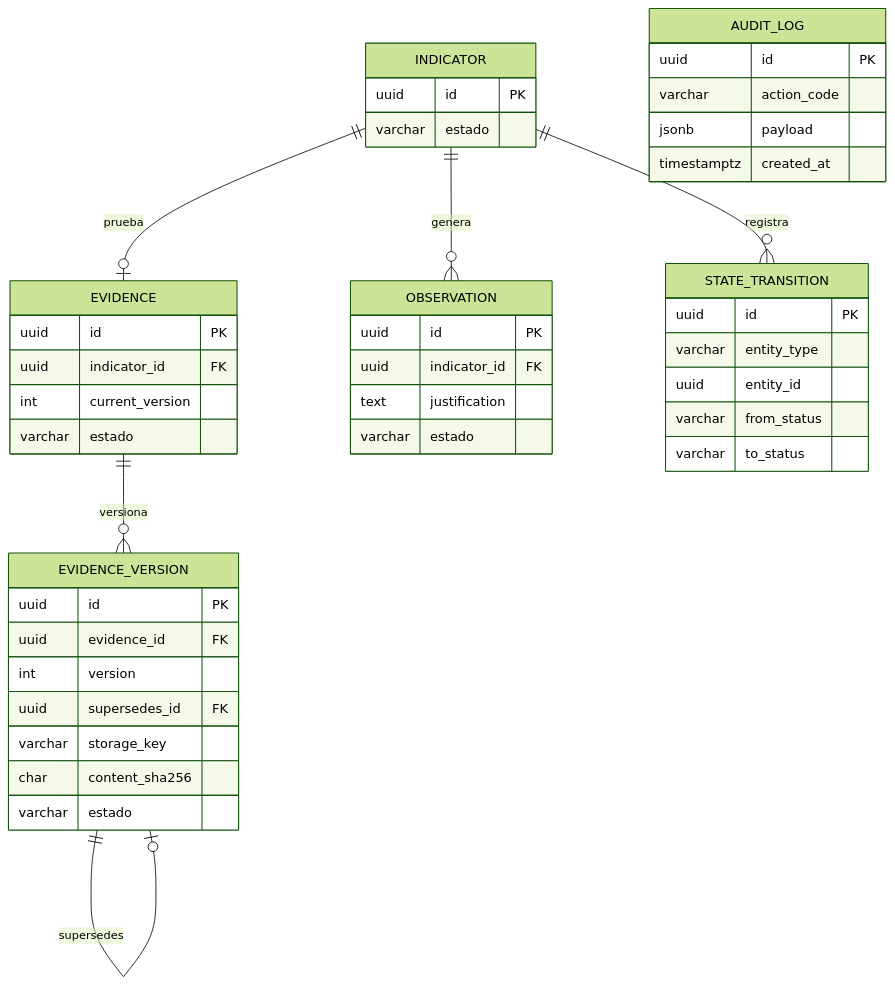
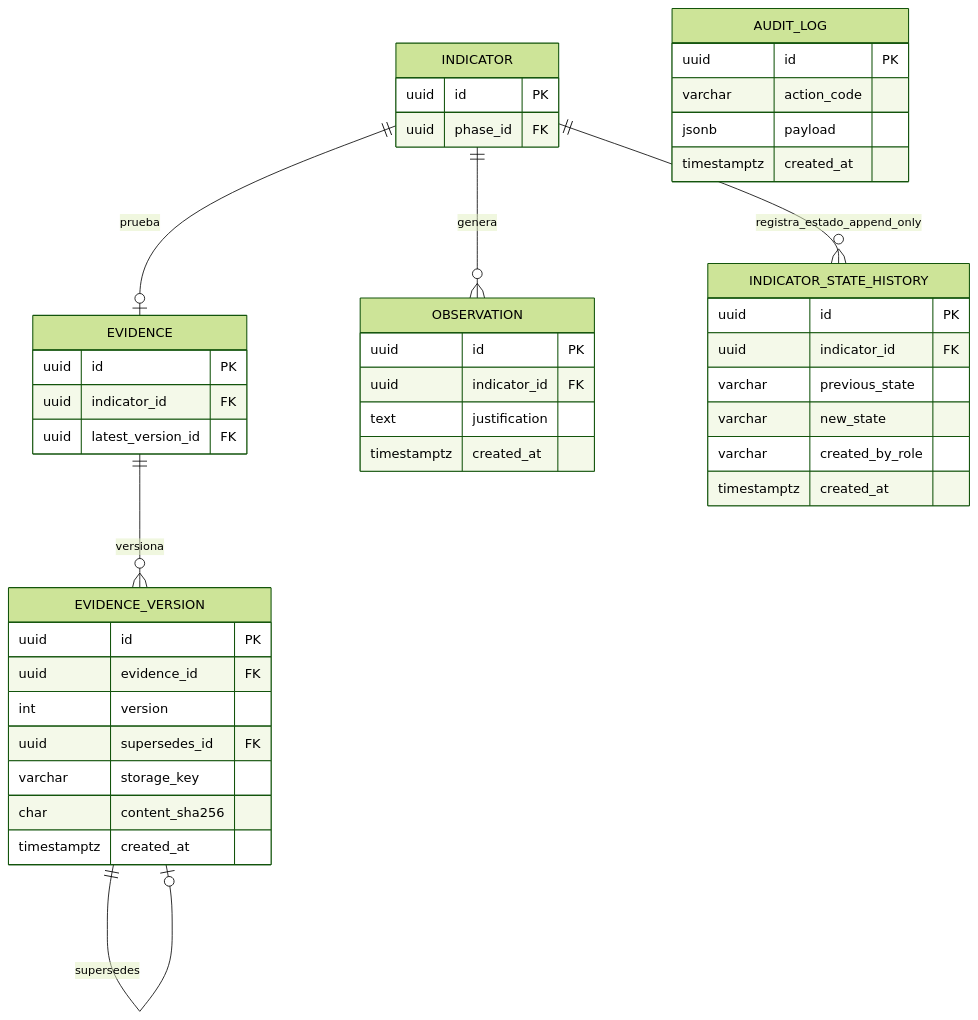
One commit to AcredIA-UMSS/sigesa-docs changed the second of 2 diagrams in docs/05_dti/DTI.md. Above: the diagram before and after it, drawn with Mermaid (forest theme). The commit also changed other lines of this file and 40 other files, not shown here.

First line of the commit message:
docs(dti): align SIGESA cloud architecture v1

````diff
--- a/docs/05_dti/DTI.md
+++ b/docs/05_dti/DTI.md
@@ -267,46 +278,46 @@
 ```mermaid
 erDiagram
   INDICATOR {
     uuid id PK
-    varchar estado
+    uuid phase_id FK
   }
   EVIDENCE {
     uuid id PK
     uuid indicator_id FK
-    int current_version
-    varchar estado
+    uuid latest_version_id FK
   }
   EVIDENCE_VERSION {
     uuid id PK
     uuid evidence_id FK
     int version
     uuid supersedes_id FK
     varchar storage_key
     char content_sha256
-    varchar estado
+    timestamptz created_at
   }
   OBSERVATION {
     uuid id PK
     uuid indicator_id FK
     text justification
-    varchar estado
+    timestamptz created_at
   }
-  STATE_TRANSITION {
+  INDICATOR_STATE_HISTORY {
     uuid id PK
-    varchar entity_type
-    uuid entity_id
-    varchar from_status
-    varchar to_status
+    uuid indicator_id FK
+    varchar previous_state
+    varchar new_state
+    varchar created_by_role
+    timestamptz created_at
   }
   AUDIT_LOG {
     uuid id PK
     varchar action_code
     jsonb payload
     timestamptz created_at
   }
   INDICATOR ||--o| EVIDENCE : prueba
   EVIDENCE ||--o{ EVIDENCE_VERSION : versiona
   EVIDENCE_VERSION ||--o| EVIDENCE_VERSION : supersedes
   INDICATOR ||--o{ OBSERVATION : genera
-  INDICATOR ||--o{ STATE_TRANSITION : registra
+  INDICATOR ||--o{ INDICATOR_STATE_HISTORY : registra_estado_append_only
 ```
````
